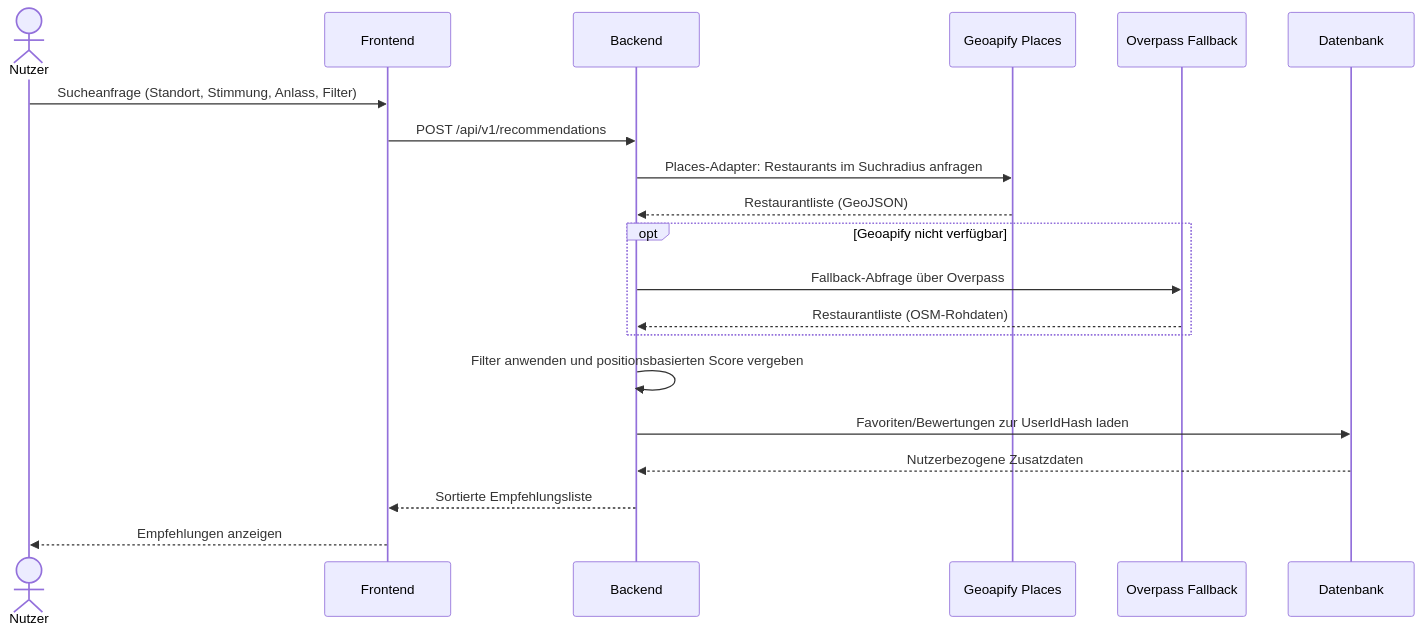
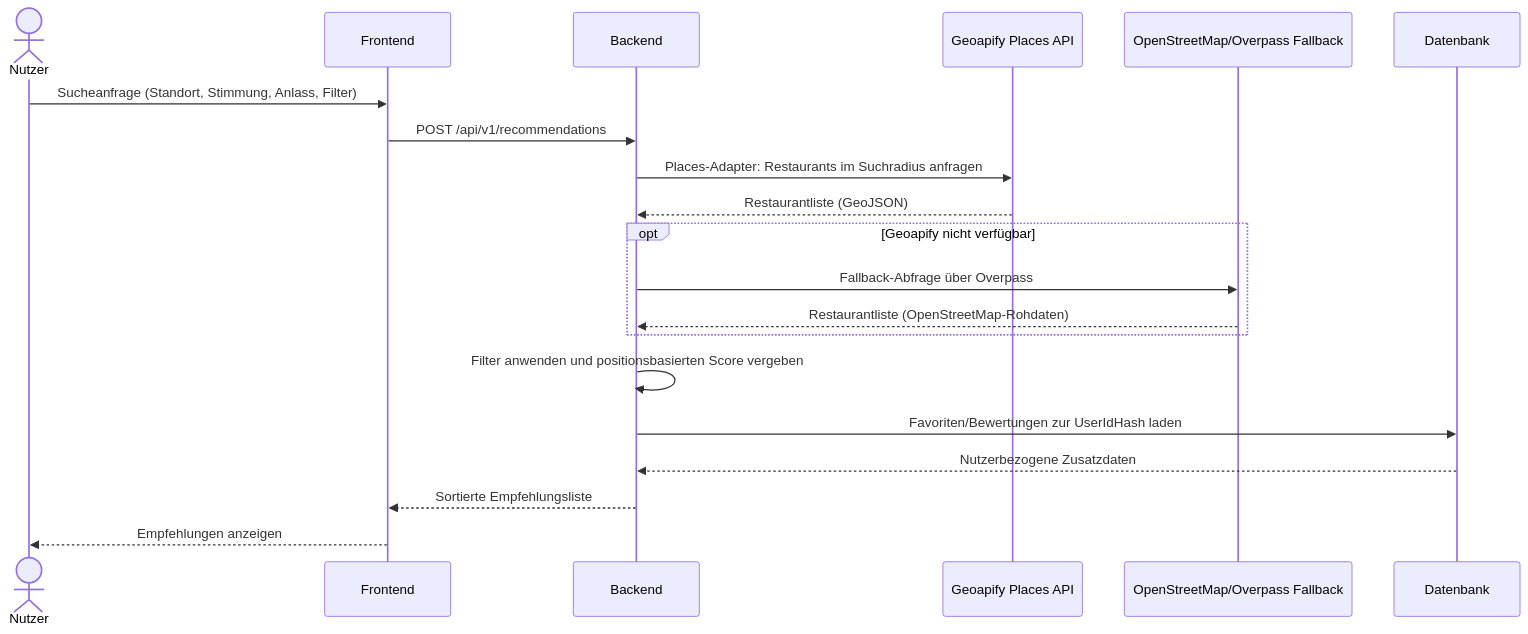
Before and after one commit to ahil-trq/thm_wk-1106_food-mood: the diagram in docs/arch/diagrams/runtime-recommendation.mmd, drawn with Mermaid. The commit also changed 3 other files, not shown here.

```diff
--- a/docs/arch/diagrams/runtime-recommendation.mmd
+++ b/docs/arch/diagrams/runtime-recommendation.mmd
@@ -1,21 +1,21 @@
 sequenceDiagram
     actor Nutzer
     participant Frontend
     participant Backend
-    participant Places as Geoapify Places
-    participant OSM as Overpass Fallback
+    participant Places as Geoapify Places API
+    participant OSM as OpenStreetMap/Overpass Fallback
     participant DB as Datenbank
 
     Nutzer->>Frontend: Sucheanfrage (Standort, Stimmung, Anlass, Filter)
     Frontend->>Backend: POST /api/v1/recommendations
     Backend->>Places: Places-Adapter: Restaurants im Suchradius anfragen
     Places-->>Backend: Restaurantliste (GeoJSON)
     opt Geoapify nicht verfügbar
         Backend->>OSM: Fallback-Abfrage über Overpass
-        OSM-->>Backend: Restaurantliste (OSM-Rohdaten)
+        OSM-->>Backend: Restaurantliste (OpenStreetMap-Rohdaten)
     end
     Backend->>Backend: Filter anwenden und positionsbasierten Score vergeben
     Backend->>DB: Favoriten/Bewertungen zur UserIdHash laden
     DB-->>Backend: Nutzerbezogene Zusatzdaten
     Backend-->>Frontend: Sortierte Empfehlungsliste
     Frontend-->>Nutzer: Empfehlungen anzeigen
```
